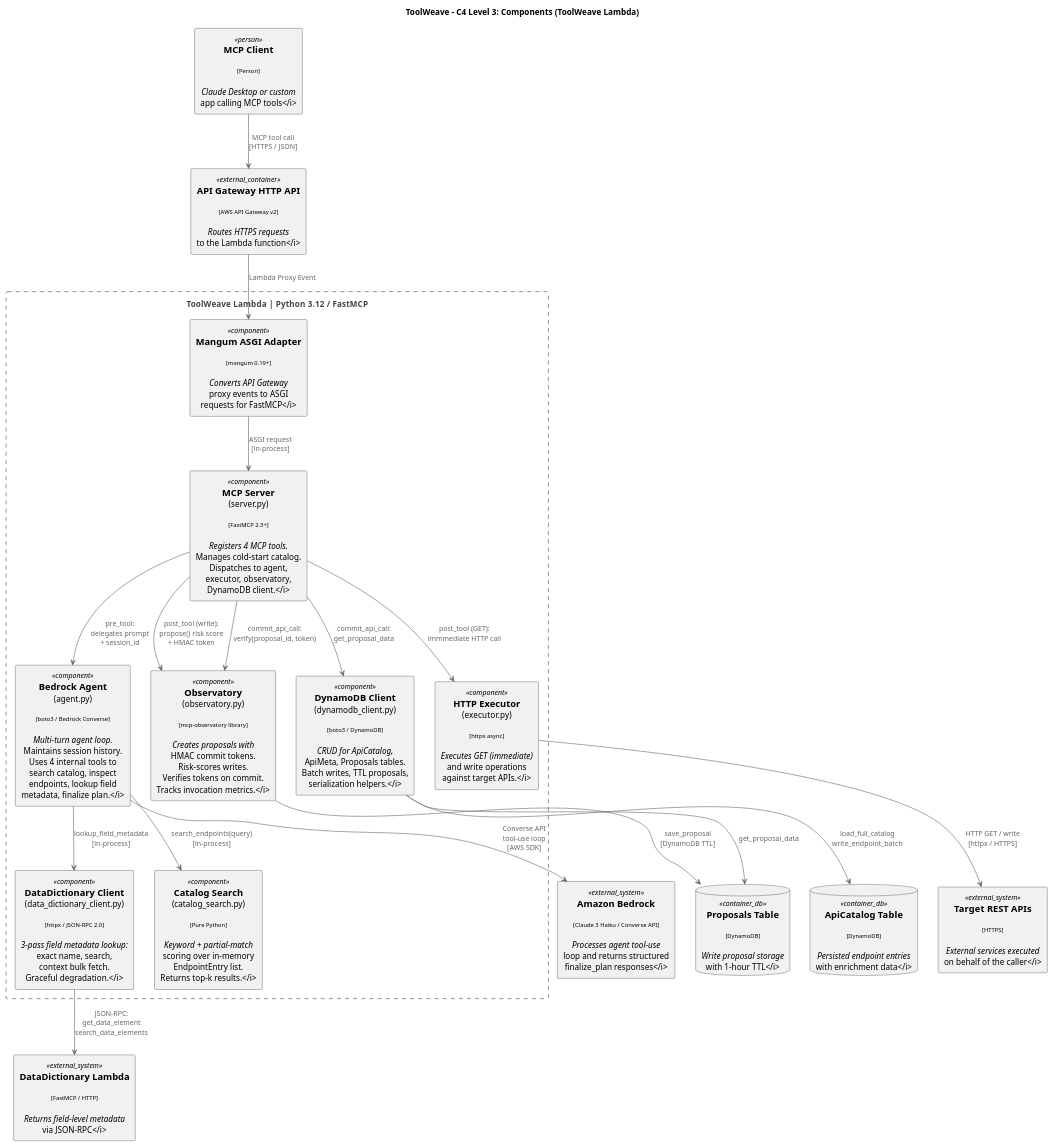
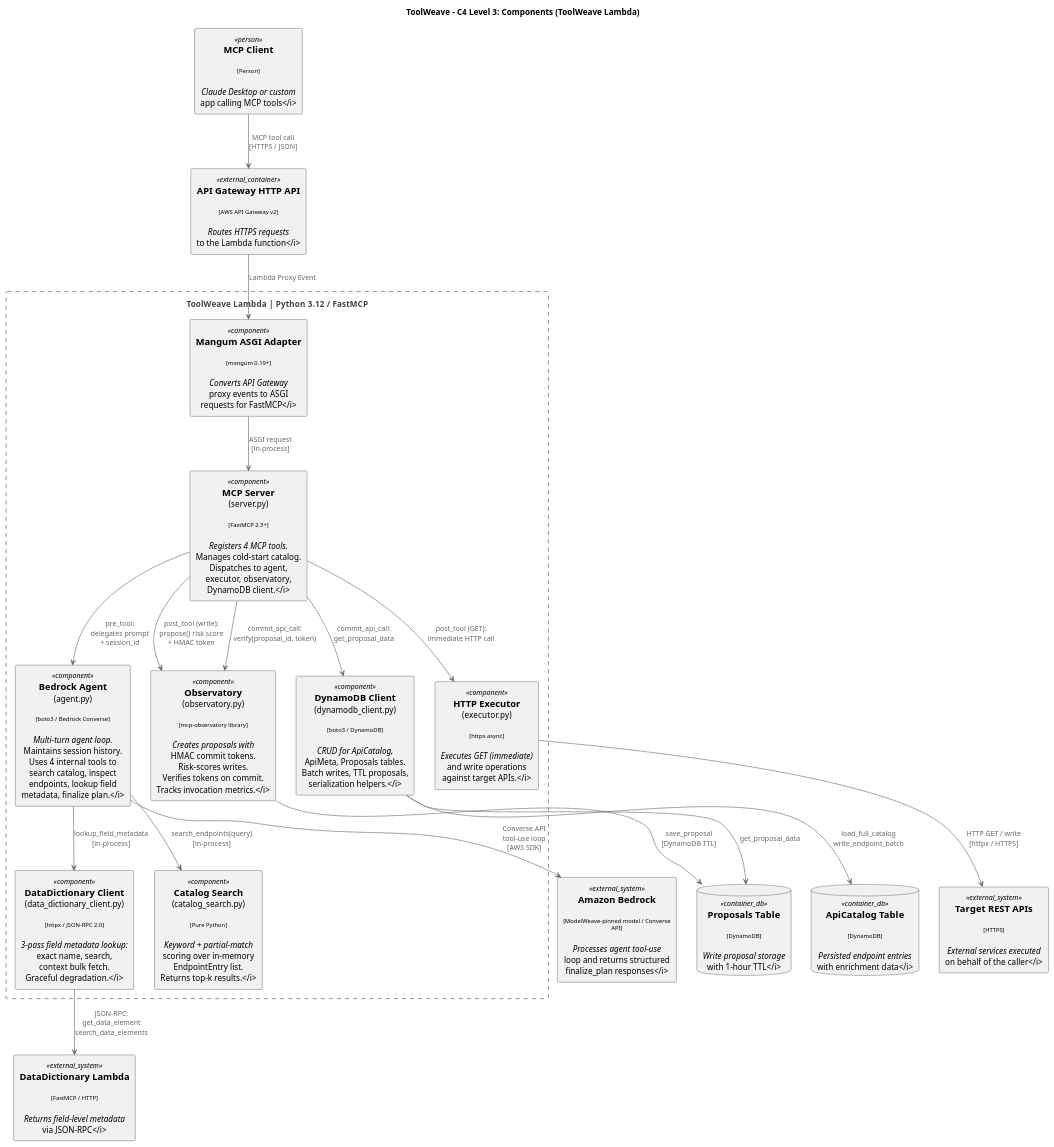
Before and after one commit to rajatarun/ToolWeave: the diagram in docs/c4-component.puml, drawn with PlantUML. The commit also changed 5 other files, not shown here.

First line of the commit message:
docs: rewrite architecture docs for the current deployment

```diff
--- a/docs/c4-component.puml
+++ b/docs/c4-component.puml
@@ -1,70 +1,70 @@
 @startuml C4-Component-ToolWeave
 ' C4 Level 3 - Component Diagram
 ' Focus: ToolWeave Lambda internals
 
 title ToolWeave - C4 Level 3: Components (ToolWeave Lambda)
 
 top to bottom direction
 
 !include ./assets/C4.puml
 
 ' ── External Callers ─────────────────────────────────────────────────────────
 rectangle "==MCP Client\n\n<size:10>[Person]</size>\n\n<i>Claude Desktop or custom\napp calling MCP tools</i>" <<person>> as mcp_client
 
 rectangle "==API Gateway HTTP API\n\n<size:10>[AWS API Gateway v2]</size>\n\n<i>Routes HTTPS requests\nto the Lambda function</i>" <<external_container>> as apigw
 
 ' ── ToolWeave Lambda ─────────────────────────────────────────────────────────
 rectangle "ToolWeave Lambda  |  Python 3.12 / FastMCP" <<boundary>> {
 
     rectangle "==Mangum ASGI Adapter\n\n<size:10>[mangum 0.19+]</size>\n\n<i>Converts API Gateway\nproxy events to ASGI\nrequests for FastMCP</i>" <<component>> as mangum
 
     rectangle "==MCP Server\n(server.py)\n\n<size:10>[FastMCP 2.3+]</size>\n\n<i>Registers 4 MCP tools.\nManages cold-start catalog.\nDispatches to agent,\nexecutor, observatory,\nDynamoDB client.</i>" <<component>> as server
 
     rectangle "==Bedrock Agent\n(agent.py)\n\n<size:10>[boto3 / Bedrock Converse]</size>\n\n<i>Multi-turn agent loop.\nMaintains session history.\nUses 4 internal tools to\nsearch catalog, inspect\nendpoints, lookup field\nmetadata, finalize plan.</i>" <<component>> as agent
 
     rectangle "==Catalog Search\n(catalog_search.py)\n\n<size:10>[Pure Python]</size>\n\n<i>Keyword + partial-match\nscoring over in-memory\nEndpointEntry list.\nReturns top-k results.</i>" <<component>> as catalog_search
 
     rectangle "==HTTP Executor\n(executor.py)\n\n<size:10>[httpx async]</size>\n\n<i>Executes GET (immediate)\nand write operations\nagainst target APIs.</i>" <<component>> as executor
 
     rectangle "==Observatory\n(observatory.py)\n\n<size:10>[mcp-observatory library]</size>\n\n<i>Creates proposals with\nHMAC commit tokens.\nRisk-scores writes.\nVerifies tokens on commit.\nTracks invocation metrics.</i>" <<component>> as observatory
 
     rectangle "==DynamoDB Client\n(dynamodb_client.py)\n\n<size:10>[boto3 / DynamoDB]</size>\n\n<i>CRUD for ApiCatalog,\nApiMeta, Proposals tables.\nBatch writes, TTL proposals,\nserialization helpers.</i>" <<component>> as dynamodb_client
 
     rectangle "==DataDictionary Client\n(data_dictionary_client.py)\n\n<size:10>[httpx / JSON-RPC 2.0]</size>\n\n<i>3-pass field metadata lookup:\nexact name, search,\ncontext bulk fetch.\nGraceful degradation.</i>" <<component>> as dd_client
 
 }
 
 ' ── External Dependencies ─────────────────────────────────────────────────────
-rectangle "==Amazon Bedrock\n\n<size:10>[Claude 3 Haiku / Converse API]</size>\n\n<i>Processes agent tool-use\nloop and returns structured\nfinalize_plan responses</i>" <<external_system>> as bedrock_ext
+rectangle "==Amazon Bedrock\n\n<size:10>[ModelWeave-pinned model / Converse API]</size>\n\n<i>Processes agent tool-use\nloop and returns structured\nfinalize_plan responses</i>" <<external_system>> as bedrock_ext
 
 rectangle "==DataDictionary Lambda\n\n<size:10>[FastMCP / HTTP]</size>\n\n<i>Returns field-level metadata\nvia JSON-RPC</i>" <<external_system>> as dd_lambda
 
 database "==ApiCatalog Table\n\n<size:10>[DynamoDB]</size>\n\n<i>Persisted endpoint entries\nwith enrichment data</i>" <<container_db>> as catalog_db
 
 database "==Proposals Table\n\n<size:10>[DynamoDB]</size>\n\n<i>Write proposal storage\nwith 1-hour TTL</i>" <<container_db>> as proposals_db
 
 rectangle "==Target REST APIs\n\n<size:10>[HTTPS]</size>\n\n<i>External services executed\non behalf of the caller</i>" <<external_system>> as target_api_ext
 
 ' ── Relationships: Entry ─────────────────────────────────────────────────────
 mcp_client --> apigw : "MCP tool call\n[HTTPS / JSON]"
 apigw --> mangum : "Lambda Proxy Event"
 mangum --> server : "ASGI request\n[in-process]"
 
 ' ── pre_tool flow ─────────────────────────────────────────────────────────
 server --> agent : "pre_tool:\ndelegates prompt\n+ session_id"
 agent --> catalog_search : "search_endpoints(query)\n[in-process]"
 agent --> dd_client : "lookup_field_metadata\n[in-process]"
 dd_client --> dd_lambda : "JSON-RPC:\nget_data_element\nsearch_data_elements"
 agent --> bedrock_ext : "Converse API\ntool-use loop\n[AWS SDK]"
 
 ' ── post_tool + commit flow ───────────────────────────────────────────────
-server --> executor : "post_tool (GET):\nimmmediate HTTP call"
+server --> executor : "post_tool (GET):\nimmediate HTTP call"
 server --> observatory : "post_tool (write):\npropose() risk score\n+ HMAC token"
 observatory --> proposals_db : "save_proposal\n[DynamoDB TTL]"
 executor --> target_api_ext : "HTTP GET / write\n[httpx / HTTPS]"
 server --> dynamodb_client : "commit_api_call:\nget_proposal_data"
 server -right-> observatory : "commit_api_call:\nverify(proposal_id, token)"
 dynamodb_client --> catalog_db : "load_full_catalog\nwrite_endpoint_batch"
 dynamodb_client --> proposals_db : "get_proposal_data"
 
 @enduml
```
